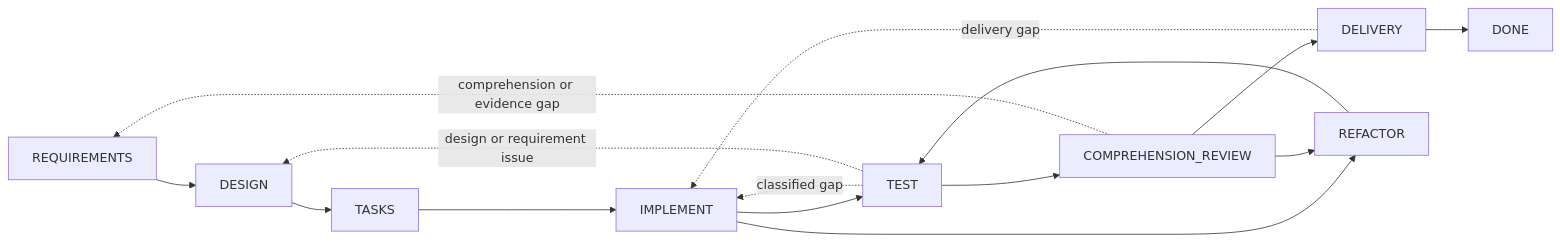
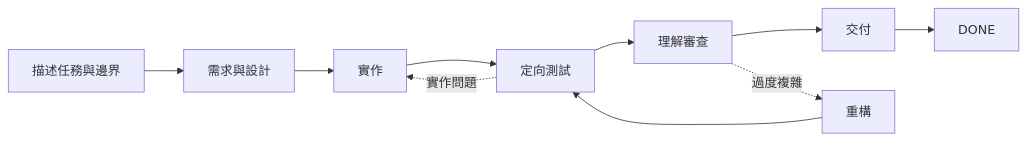
One commit to Innocent-children/dev-flow changed the diagram in README_zh-TW.md. Above: the diagram before and after it, drawn with Mermaid. The commit also changed other lines of this file and 19 other files, not shown here.

````diff
--- a/README_zh-TW.md
+++ b/README_zh-TW.md
@@ -202,17 +40,12 @@
 ```mermaid
 flowchart LR
-    R[REQUIREMENTS] --> D[DESIGN]
-    D --> T[TASKS]
-    T --> I[IMPLEMENT]
-    I --> V[TEST]
-    V --> C[COMPREHENSION_REVIEW]
-    C --> L[DELIVERY]
-    L --> O[DONE]
-    I --> F[REFACTOR]
-    C --> F
-    F --> V
-    V -. classified gap .-> I
-    V -. design or requirement issue .-> D
-    C -. comprehension or evidence gap .-> R
-    L -. delivery gap .-> I
+    A["描述任務與邊界"] --> B["需求與設計"]
+    B --> C["實作"]
+    C --> D["定向測試"]
+    D --> E["理解審查"]
+    E --> F["交付"]
+    F --> G["DONE"]
+    D -. 實作問題 .-> C
+    E -. 過度複雜 .-> H["重構"]
+    H --> D
 ```
````
